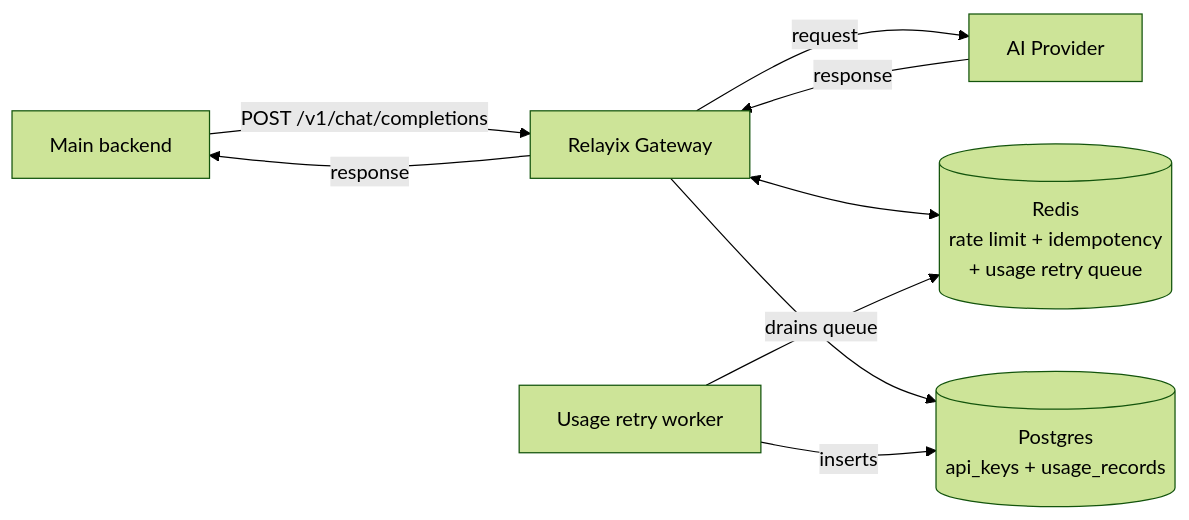
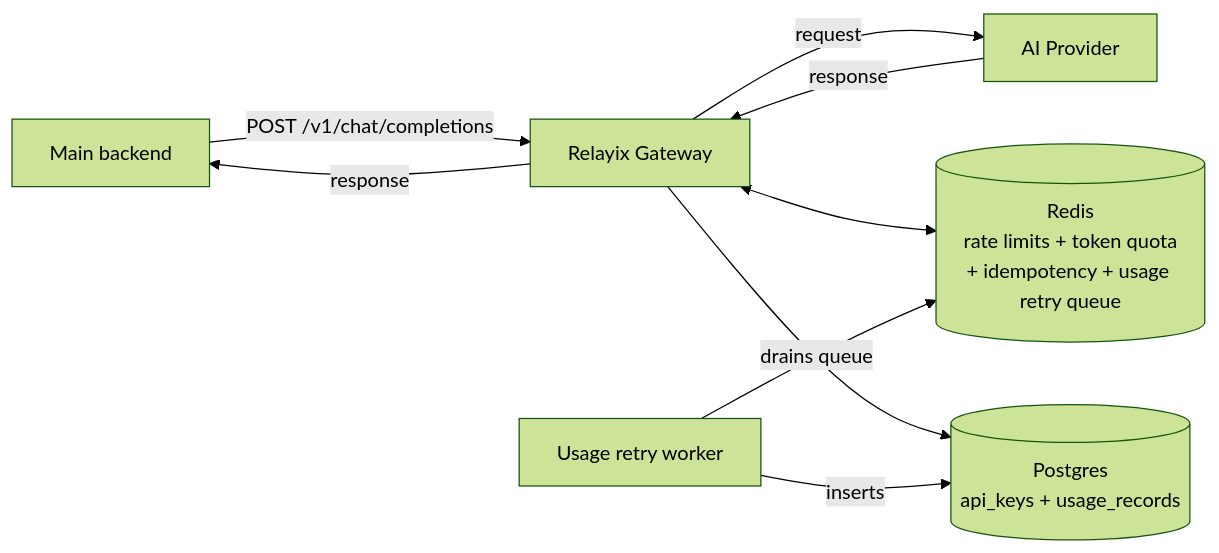
The first of 4 diagrams in docs/system_flow.md (MaximoBerth0/Relayix), drawn with Mermaid (forest theme) before and after one commit. The commit also changed other lines of this file and 31 other files, not shown here.

Commit message:
[api-key] add monthly quota limit | add tokens per minute in ratelimit

````diff
--- a/docs/system_flow.md
+++ b/docs/system_flow.md
@@ -10,11 +10,11 @@
 ```mermaid
 flowchart LR
     A[Main backend] -- "POST /v1/chat/completions" --> B[Relayix Gateway]
     B -- response --> A
     B -- request --> G[AI Provider]
     G -- response --> B
-    B <--> R[("Redis<br/>rate limit + idempotency<br/>+ usage retry queue")]
+    B <--> R[("Redis<br/>rate limits + token quota<br/>+ idempotency + usage retry queue")]
     B --> D[("Postgres<br/>api_keys + usage_records")]
     W[Usage retry worker] -- drains queue --> R
     W -- inserts --> D
 ```
````
